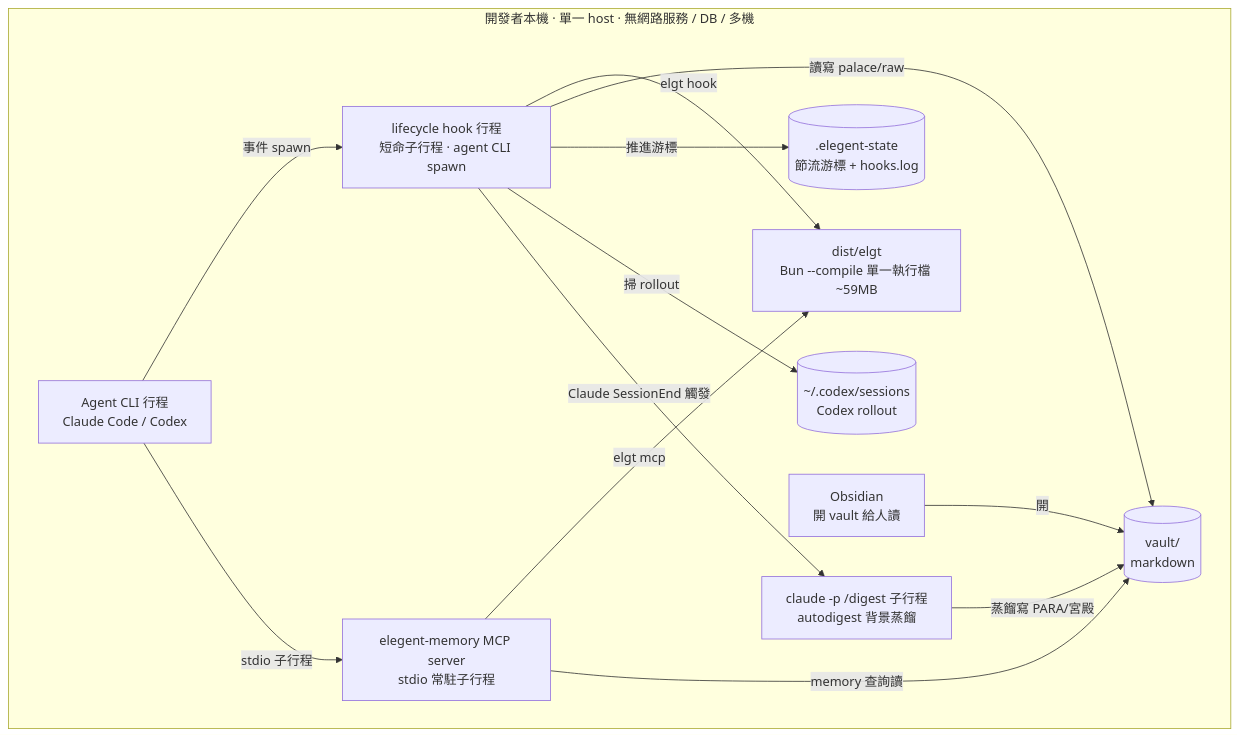
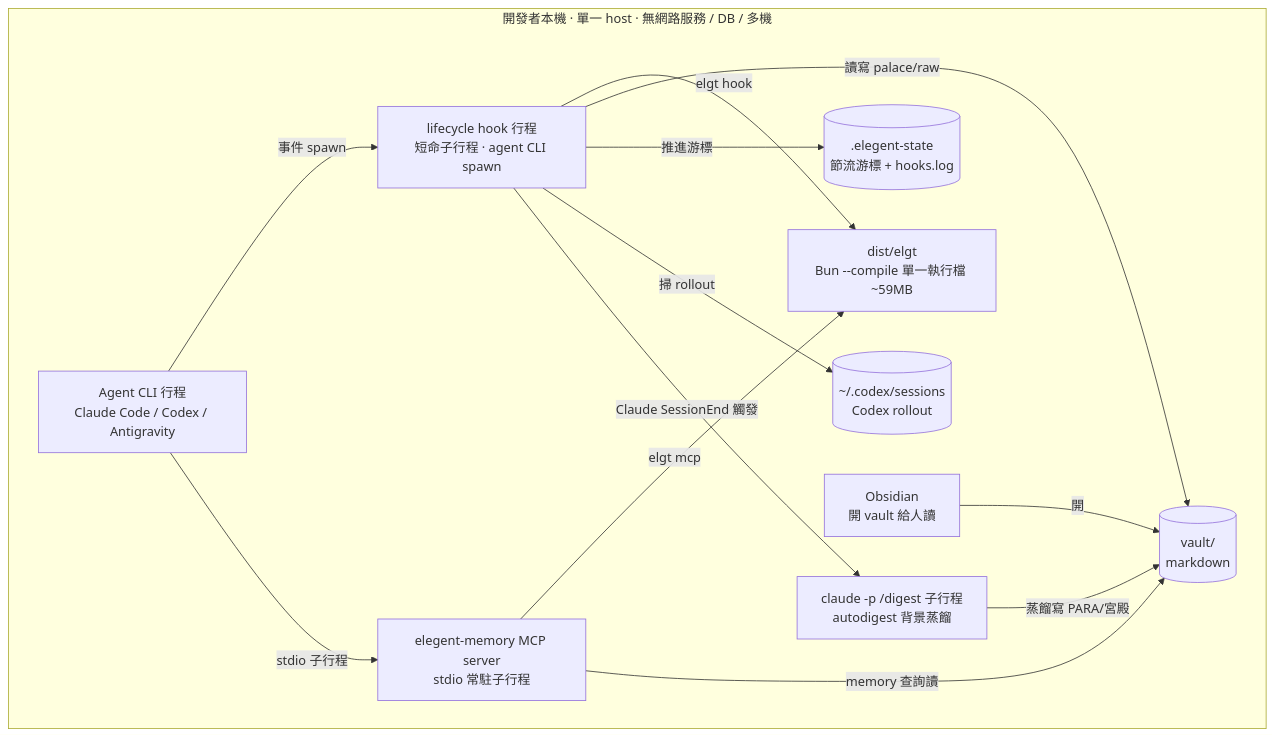
Before and after one commit to neokn/elegent: the fourth of 5 diagrams in docs/architecture/4plus1.md, drawn with Mermaid. The commit also changed other lines of this file and 24 other files, not shown here.

````diff
--- a/docs/architecture/4plus1.md
+++ b/docs/architecture/4plus1.md
@@ -192,26 +194,26 @@
 ```mermaid
 flowchart TB
     subgraph host["開發者本機 · 單一 host · 無網路服務 / DB / 多機"]
-        agentcli["Agent CLI 行程<br/>Claude Code / Codex"]
+        agentcli["Agent CLI 行程<br/>Claude Code / Codex / Antigravity"]
         bin["dist/elgt<br/>Bun --compile 單一執行檔 ~59MB"]
         hookproc["lifecycle hook 行程<br/>短命子行程 · agent CLI spawn"]
         mcpproc["elegent-memory MCP server<br/>stdio 常駐子行程"]
         digestproc["claude -p /digest 子行程<br/>autodigest 背景蒸餾"]
         obsidian["Obsidian<br/>開 vault 給人讀"]
         vault[("vault/<br/>markdown")]
         state[(".elegent-state<br/>節流游標 + hooks.log")]
         codexsess[("~/.codex/sessions<br/>Codex rollout")]
     end
 
     agentcli -->|事件 spawn| hookproc
     agentcli -->|stdio 子行程| mcpproc
     hookproc -->|elgt hook| bin
     mcpproc -->|elgt mcp| bin
     hookproc -->|讀寫 palace/raw| vault
     hookproc -->|推進游標| state
     hookproc -->|掃 rollout| codexsess
     hookproc -->|Claude SessionEnd 觸發| digestproc
     mcpproc -->|memory 查詢讀| vault
     digestproc -->|蒸餾寫 PARA/宮殿| vault
     obsidian -->|開| vault
 ```
````
